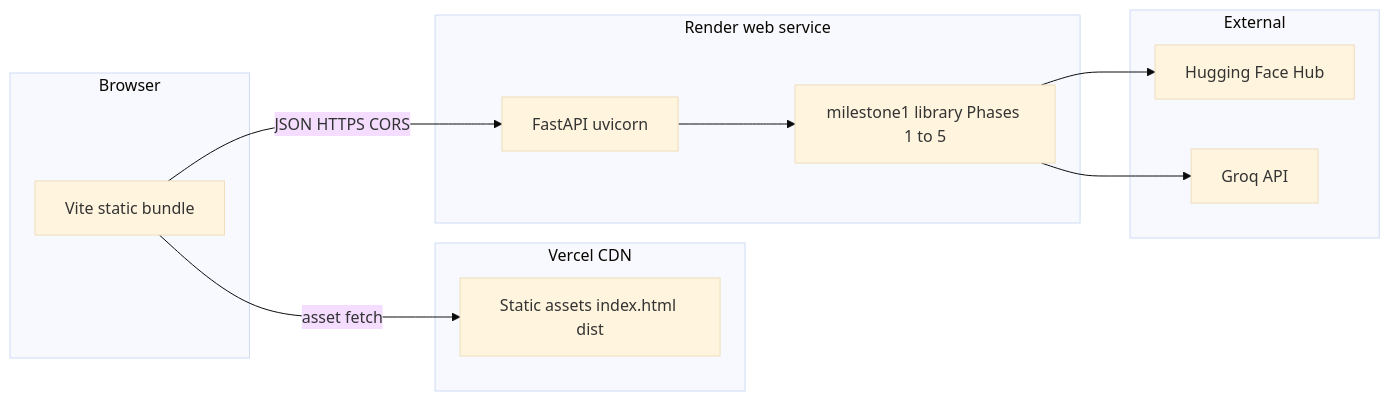
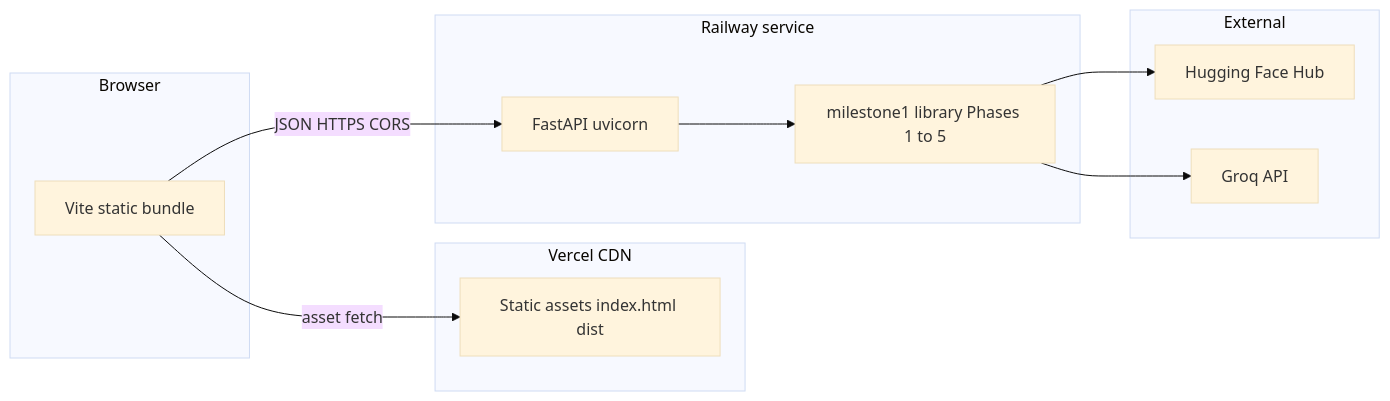
Before and after one commit to saksham20189575/m1-zomato: the fourth of 4 diagrams in docs/phased-architecture.md, drawn with Mermaid (base theme). The commit also changed other lines of this file and 10 other files, not shown here.

````diff
--- a/docs/phased-architecture.md
+++ b/docs/phased-architecture.md
@@ -224,22 +224,22 @@
 ```mermaid
 flowchart LR
   subgraph client [Browser]
     FE[Vite static bundle]
   end
   subgraph vercel [Vercel CDN]
     STATIC[Static assets index.html dist]
   end
-  subgraph render [Render web service]
+  subgraph railway [Railway service]
     API[FastAPI uvicorn]
     LIB[milestone1 library Phases 1 to 5]
   end
   subgraph external [External]
     HF[Hugging Face Hub]
     GROQ[Groq API]
   end
   FE -->|asset fetch| STATIC
   FE -->|JSON HTTPS CORS| API
   API --> LIB
   LIB --> HF
   LIB --> GROQ
 ```
````
